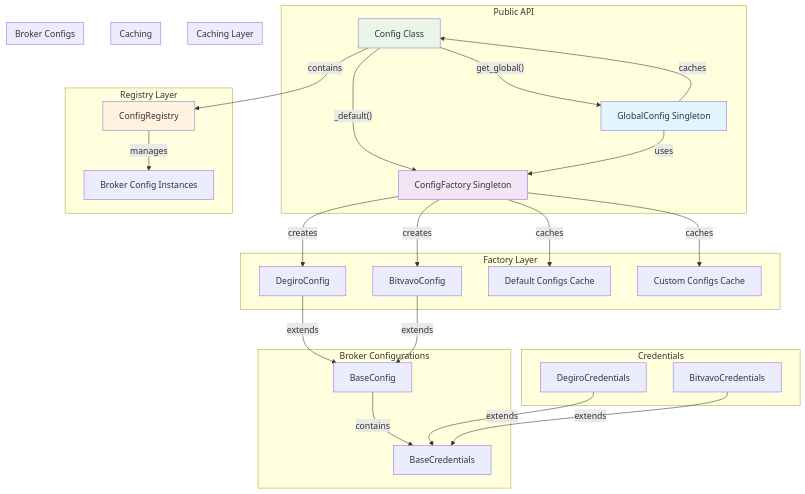
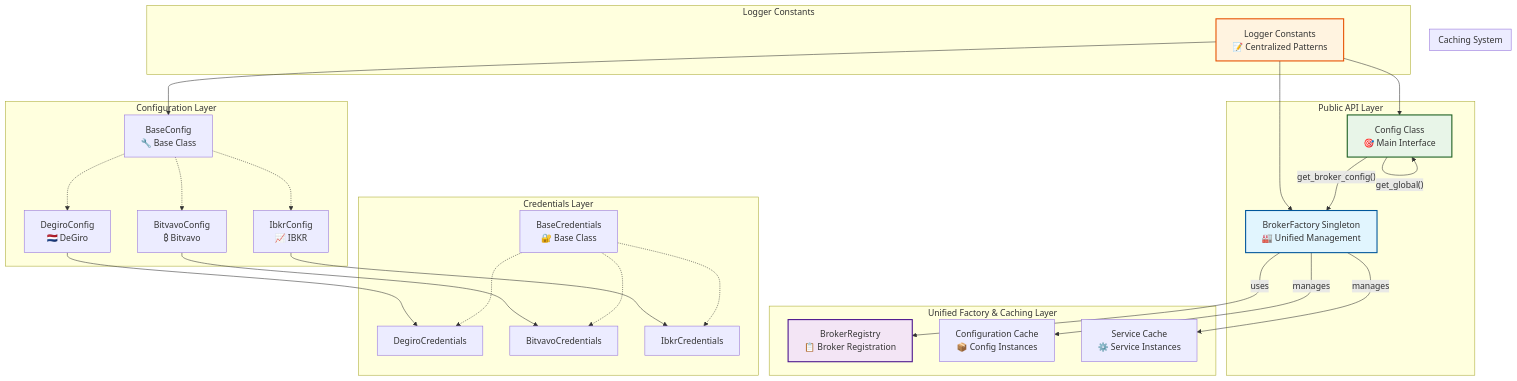
Before and after one commit to ctasada/stonks-overwatch: the diagram in docs/Configuration-Integration.md, drawn with Mermaid. The commit also changed other lines of this file and 46 other files, not shown here.

````diff
--- a/docs/Configuration-Integration.md
+++ b/docs/Configuration-Integration.md
@@ -9,56 +17,61 @@
 ```mermaid
 graph TB
-    subgraph "Public API"
-        Config[Config Class]
-        Config --> |"get_global()"| GlobalConfig
-        Config --> |"_default()"| ConfigFactory
+    subgraph "Public API Layer"
+        Config[Config Class<br/>🎯 Main Interface]
+        Config --> |"get_global()"| Config
+        Config --> |"get_broker_config()"| BrokerFactory
     end
 
-    subgraph "Caching Layer"
-        GlobalConfig[GlobalConfig Singleton]
-        GlobalConfig --> |uses| ConfigFactory
-        GlobalConfig --> |caches| Config
+    subgraph "Unified Factory & Caching Layer"
+        BrokerFactory[BrokerFactory Singleton<br/>🏭 Unified Management]
+        BrokerRegistry[BrokerRegistry<br/>📋 Broker Registration]
+        BrokerFactory --> |uses| BrokerRegistry
+        BrokerFactory --> |manages| ConfigCache
+        BrokerFactory --> |manages| ServiceCache
     end
 
-    subgraph "Factory Layer"
-        ConfigFactory[ConfigFactory Singleton]
-        ConfigFactory --> |creates| DegiroConfig
-        ConfigFactory --> |creates| BitvavoConfig
-        ConfigFactory --> |caches| DefaultConfigs
-        ConfigFactory --> |caches| CustomConfigs
+    subgraph "Configuration Layer"
+        BaseConfig[BaseConfig<br/>🔧 Base Class]
+        DegiroConfig[DegiroConfig<br/>🇳🇱 DeGiro]
+        BitvavoConfig[BitvavoConfig<br/>₿ Bitvavo]
+        IbkrConfig[IbkrConfig<br/>📈 IBKR]
+
+        BaseConfig -.-> DegiroConfig
+        BaseConfig -.-> BitvavoConfig
+        BaseConfig -.-> IbkrConfig
     end
 
-    subgraph "Registry Layer"
-        Config --> |contains| ConfigRegistry
-        ConfigRegistry --> |manages| BrokerConfigs
+    subgraph "Credentials Layer"
+        BaseCredentials[BaseCredentials<br/>🔐 Base Class]
+        DegiroCredentials[DegiroCredentials]
+        BitvavoCredentials[BitvavoCredentials]
+        IbkrCredentials[IbkrCredentials]
+
+        BaseCredentials -.-> DegiroCredentials
+        BaseCredentials -.-> BitvavoCredentials
+        BaseCredentials -.-> IbkrCredentials
     end
 
-    subgraph "Broker Configurations"
-        DegiroConfig[DegiroConfig]
-        BitvavoConfig[BitvavoConfig]
-        DegiroConfig --> |extends| BaseConfig
-        BitvavoConfig --> |extends| BaseConfig
-        BaseConfig --> |contains| BaseCredentials
+    subgraph "Caching System"
+        ConfigCache[Configuration Cache<br/>📦 Config Instances]
+        ServiceCache[Service Cache<br/>⚙️ Service Instances]
     end
 
-    subgraph "Credentials"
-        DegiroCredentials[DegiroCredentials]
-        BitvavoCredentials[BitvavoCredentials]
-        DegiroCredentials --> |extends| BaseCredentials
-        BitvavoCredentials --> |extends| BaseCredentials
+    subgraph "Logger Constants"
+        LoggerConstants[Logger Constants<br/>📝 Centralized Patterns]
+        LoggerConstants --> Config
+        LoggerConstants --> BaseConfig
+        LoggerConstants --> BrokerFactory
     end
 
-    subgraph "Caching"
-        DefaultConfigs[Default Configs Cache]
-        CustomConfigs[Custom Configs Cache]
-    end
+    %% Relationships
+    DegiroConfig --> DegiroCredentials
+    BitvavoConfig --> BitvavoCredentials
+    IbkrConfig --> IbkrCredentials
 
-    subgraph "Broker Configs"
-        BrokerConfigs[Broker Config Instances]
-    end
-
-    style GlobalConfig fill:#e1f5fe
-    style ConfigFactory fill:#f3e5f5
-    style Config fill:#e8f5e8
-    style ConfigRegistry fill:#fff3e0
+    %% Styling
+    style Config fill:#e8f5e8,stroke:#1b5e20,stroke-width:2px
+    style BrokerFactory fill:#e1f5fe,stroke:#01579b,stroke-width:2px
+    style BrokerRegistry fill:#f3e5f5,stroke:#4a148c,stroke-width:2px
+    style LoggerConstants fill:#fff3e0,stroke:#e65100,stroke-width:2px
 ```
````
